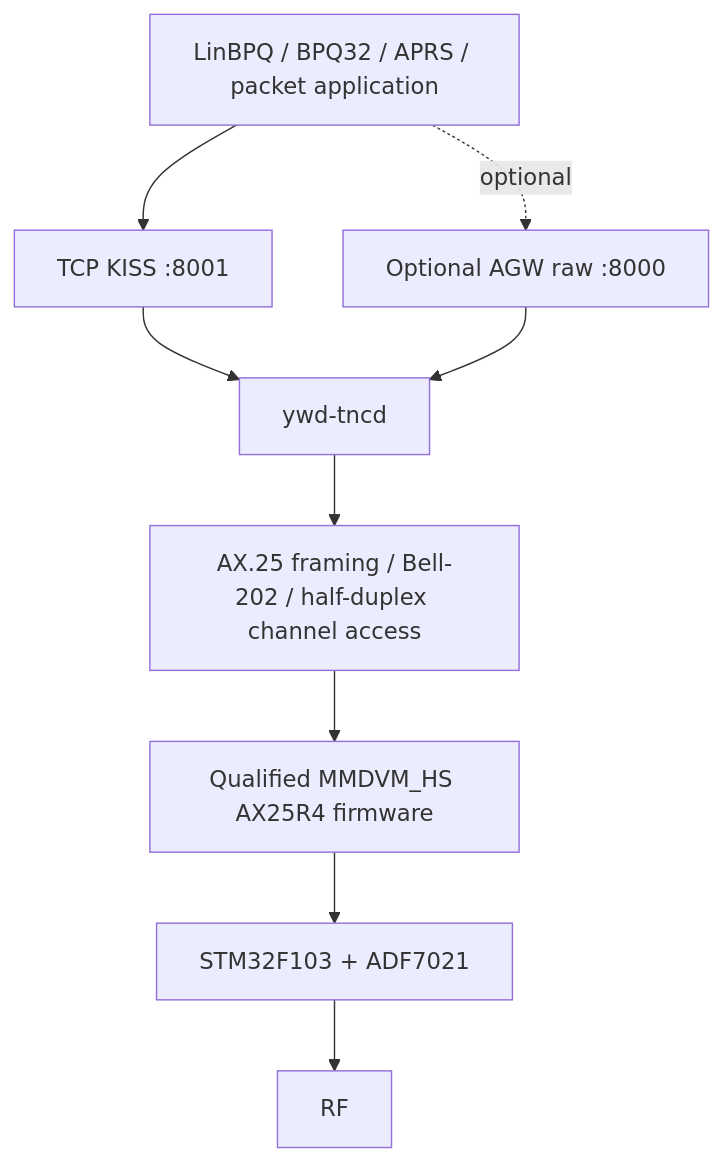
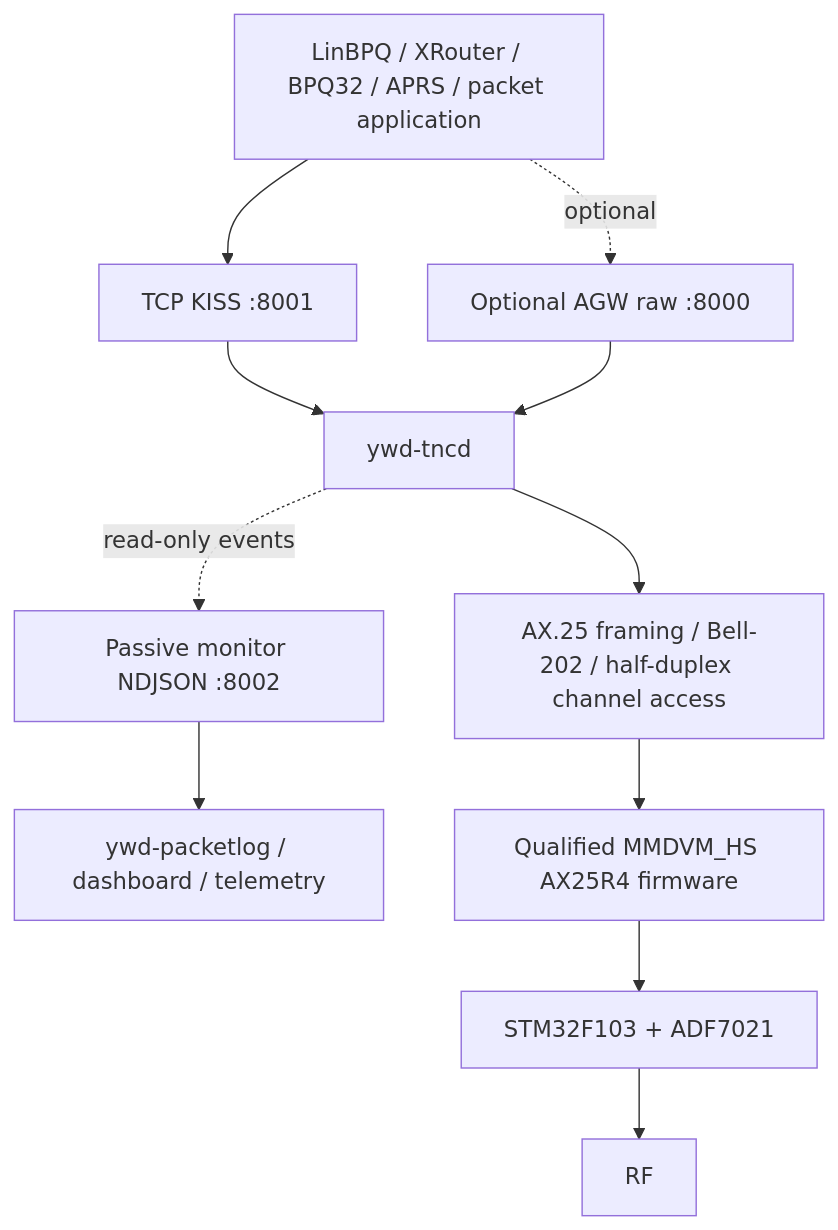
The diagram in README.md (merberg-ai/ywd-mmdvm-tnc), drawn with Mermaid before and after one commit. The commit also changed other lines of this file, not shown here.

Commit message:
Docs: fold qualified monitor events and packet logging into README

````diff
--- a/README.md
+++ b/README.md
@@ -72,20 +80,24 @@
 ```mermaid
 flowchart TD
-    APP[LinBPQ / BPQ32 / APRS / packet application]
+    APP[LinBPQ / XRouter / BPQ32 / APRS / packet application]
     KISS[TCP KISS :8001]
     AGW[Optional AGW raw :8000]
     TNCD[ywd-tncd]
+    MON[Passive monitor NDJSON :8002]
+    LOGGER[ywd-packetlog / dashboard / telemetry]
     ACCESS[AX.25 framing / Bell-202 / half-duplex channel access]
     FW[Qualified MMDVM_HS AX25R4 firmware]
     HW[STM32F103 + ADF7021]
     RF[RF]
 
     APP --> KISS
     APP -. optional .-> AGW
     KISS --> TNCD
     AGW --> TNCD
     TNCD --> ACCESS
     ACCESS --> FW
     FW --> HW
     HW --> RF
+    TNCD -. read-only events .-> MON
+    MON --> LOGGER
 ```
````
